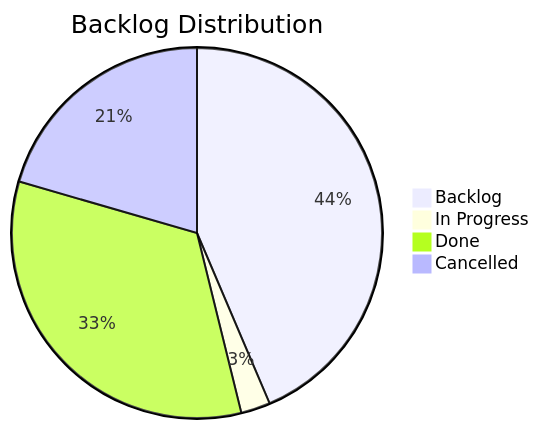
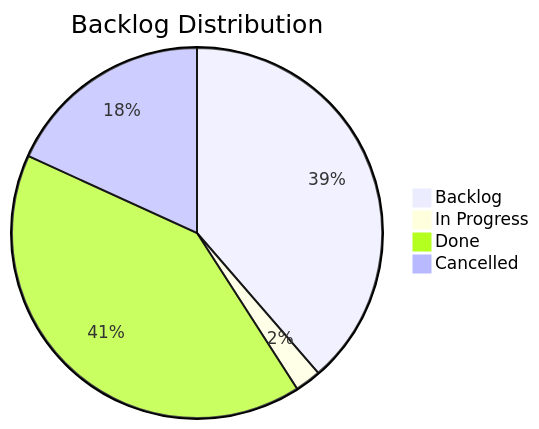
The diagram in docs/board.md (TheCodeCreature/Hytale-Example-Plugin), drawn with Mermaid before and after one commit. The commit also changed other lines of this file and 19 other files, not shown here.

````diff
--- a/docs/board.md
+++ b/docs/board.md
@@ -7,7 +7,7 @@
 ```mermaid
 pie title Backlog Distribution
     "Backlog" : 17
     "In Progress" : 1
-    "Done" : 13
+    "Done" : 18
     "Cancelled" : 8
 ```
````
